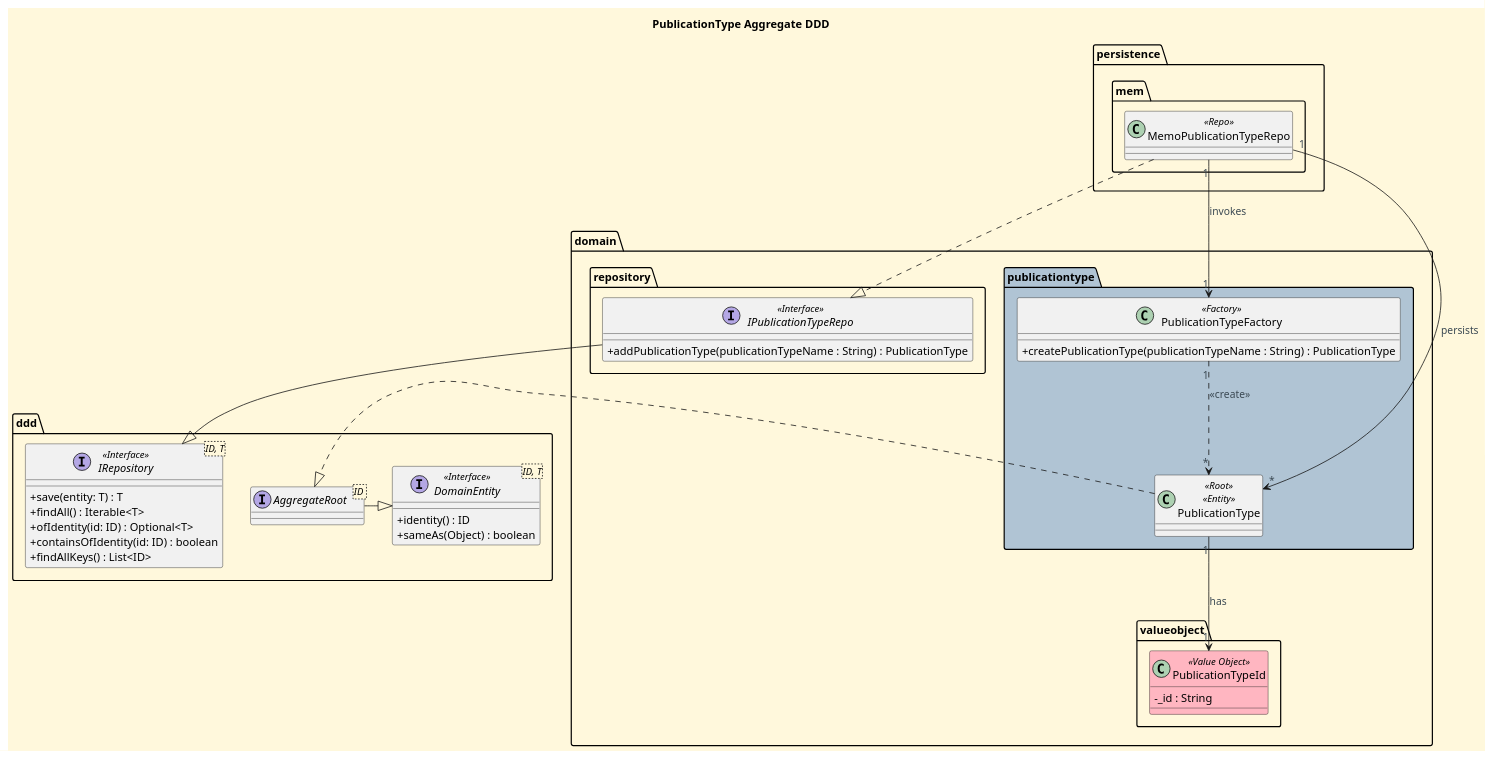
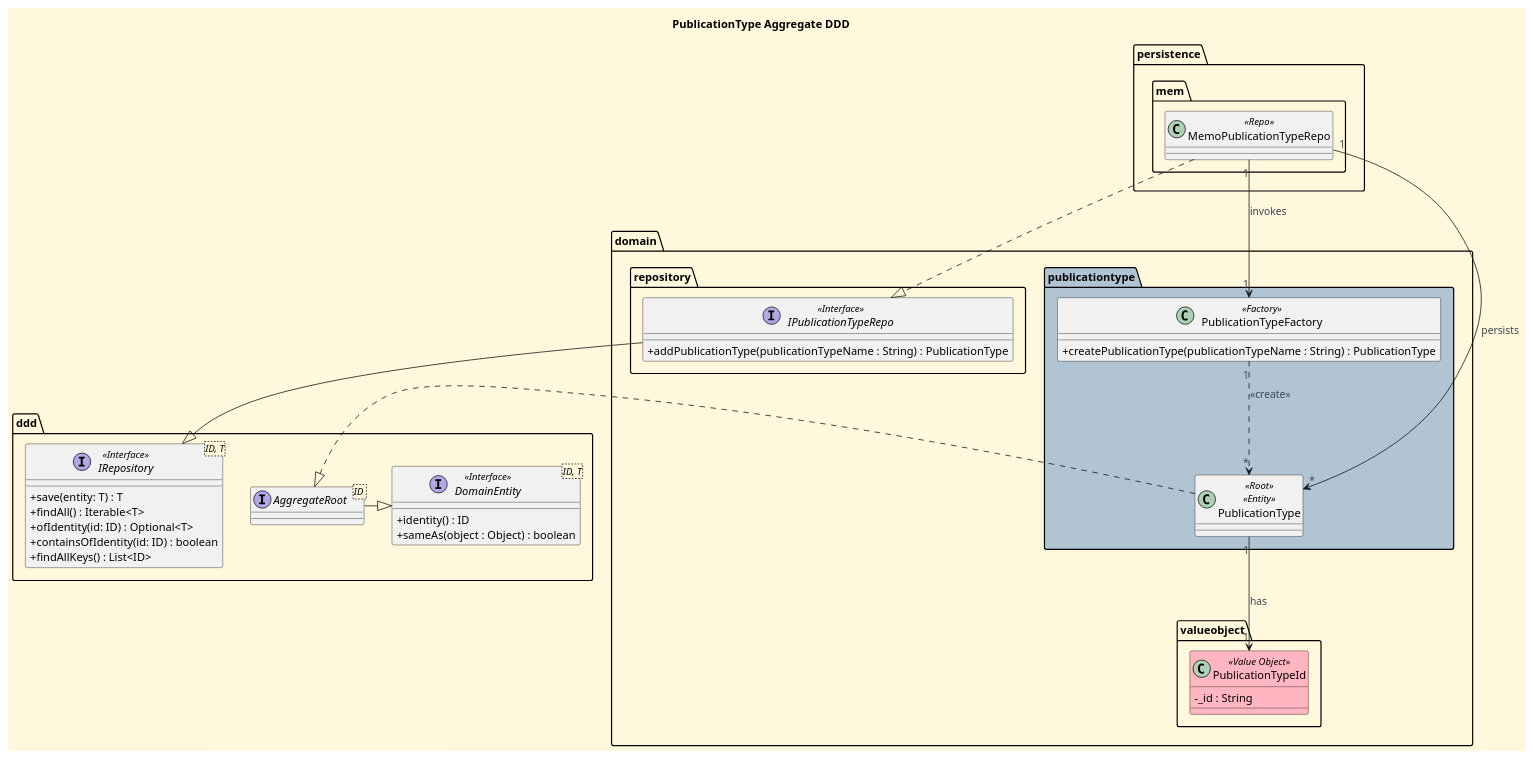
One commit to CarolinaLeite-collab/JavaMarketplacePlatform changed the diagram in docs/aggregates-diagrams/Publication_Type_Aggregate.puml. Above: the diagram before and after it, drawn with PlantUML. The commit also changed 1 other file, not shown here.

Commit message:
docs: minor fixes to PublicationType and PublishingCompany Aggregate diagrams, ref. #552

```diff
--- a/docs/aggregates-diagrams/Publication_Type_Aggregate.puml
+++ b/docs/aggregates-diagrams/Publication_Type_Aggregate.puml
@@ -1,91 +1,91 @@
 @startuml
 'https://plantuml.com/class-diagram
 title PublicationType Aggregate DDD
 
 '==== basic style ====
 skinparam monochrome false
 skinparam shadowing false
 skinparam defaultFontName Futura
 skinparam objectFontSize 20
 skinparam backgroundColor CornSilk
 skinparam objectBackgroundColor WhiteSmoke
 skinparam noteBackgroundColor #FFFFE0
 skinparam ArrowFontColor #3B4953
 skinparam ActivationBackgroundColor black
 skinparam classAttributeIconSize 0
 
 top to bottom direction
 
 package "persistence" {
 
     package "mem" {
 
         class MemoPublicationTypeRepo <<Repo>> {
 
         }
 
     }
 }
 
 package "domain" {
 
     package "repository" {
 
         interface IPublicationTypeRepo <<Interface>> {
         + addPublicationType(publicationTypeName : String) : PublicationType
         }
 
     }
 
     package "valueobject" {
         class PublicationTypeId <<Value Object>> #LightPink {
         - _id : String
         }
     }
 
     package "publicationtype" #b0c4d4 {
 
         class PublicationType <<Root>> <<Entity>> {
         }
 
         class PublicationTypeFactory <<Factory>> {
         + createPublicationType(publicationTypeName : String) : PublicationType
 
         }
 
     }
 
 }
 
 Package "ddd" {
     interface IRepository<ID, T> <<Interface>> {
         +save(entity: T) : T
         +findAll() : Iterable<T>
         +ofIdentity(id: ID) : Optional<T>
         +containsOfIdentity(id: ID) : boolean
         +findAllKeys() : List<ID>
     }
 
     interface AggregateRoot <ID >{
     }
 
     interface DomainEntity<ID, T> <<Interface>> {
         +identity() : ID
-        +sameAs(Object) : boolean
+        +sameAs(object : Object) : boolean
     }
 }
 
 
 MemoPublicationTypeRepo ..|> IPublicationTypeRepo
 IPublicationTypeRepo --|> IRepository
 MemoPublicationTypeRepo "1" --> "1" PublicationTypeFactory : invokes
 
 MemoPublicationTypeRepo "1" --> "*" PublicationType : persists
 
 PublicationType "1" --> "1" PublicationTypeId: has
 
 PublicationTypeFactory "1" ..> "*" PublicationType: <<create>>
 AggregateRoot -|> DomainEntity
 PublicationType .|> AggregateRoot
 
 @enduml
```
